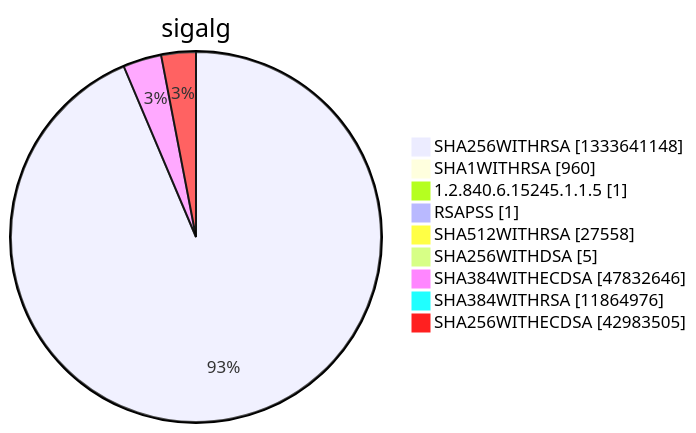
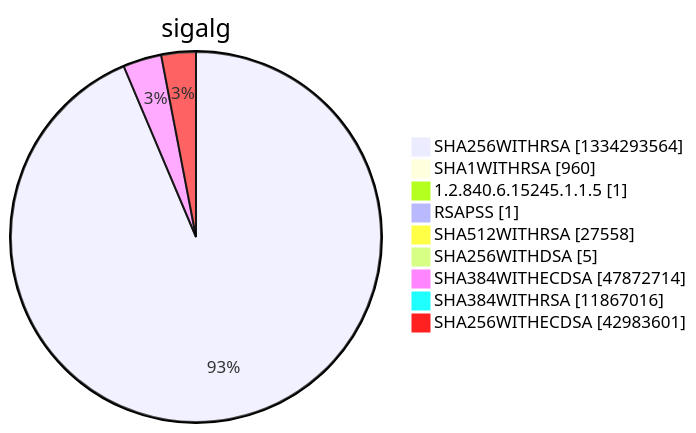
Before and after one commit to christiankrug/ctmonitor_visualization: diagram 15 of 15 in argon2022/README.md, drawn with Mermaid. The commit also changed other lines of this file, not shown here.

````diff
--- a/argon2022/README.md
+++ b/argon2022/README.md
@@ -5524,13 +5524,13 @@
 ```mermaid
 pie showData
 title sigalg
-"SHA256WITHRSA" :1333641148
+"SHA256WITHRSA" :1334293564
 "SHA1WITHRSA" :960
 "1.2.840.6.15245.1.1.5" :1
 "RSAPSS" :1
 "SHA512WITHRSA" :27558
 "SHA256WITHDSA" :5
-"SHA384WITHECDSA" :47832646
-"SHA384WITHRSA" :11864976
-"SHA256WITHECDSA" :42983505
+"SHA384WITHECDSA" :47872714
+"SHA384WITHRSA" :11867016
+"SHA256WITHECDSA" :42983601
 ```
````
